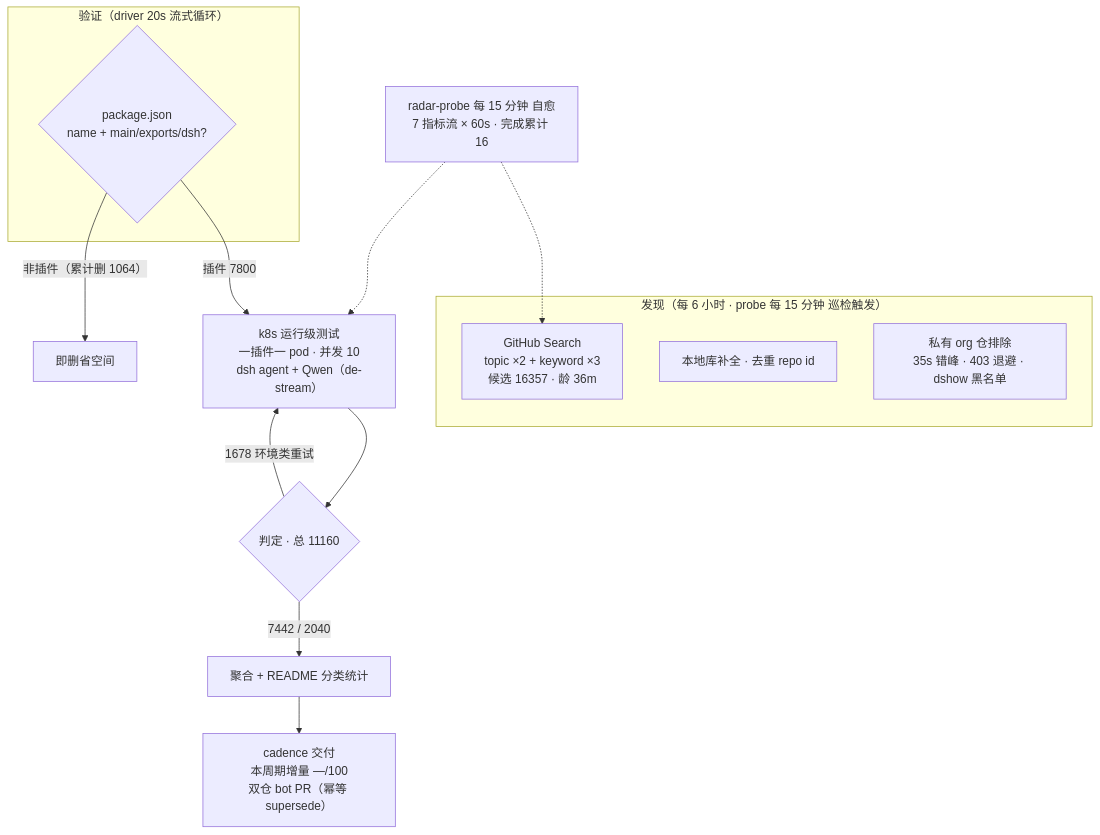
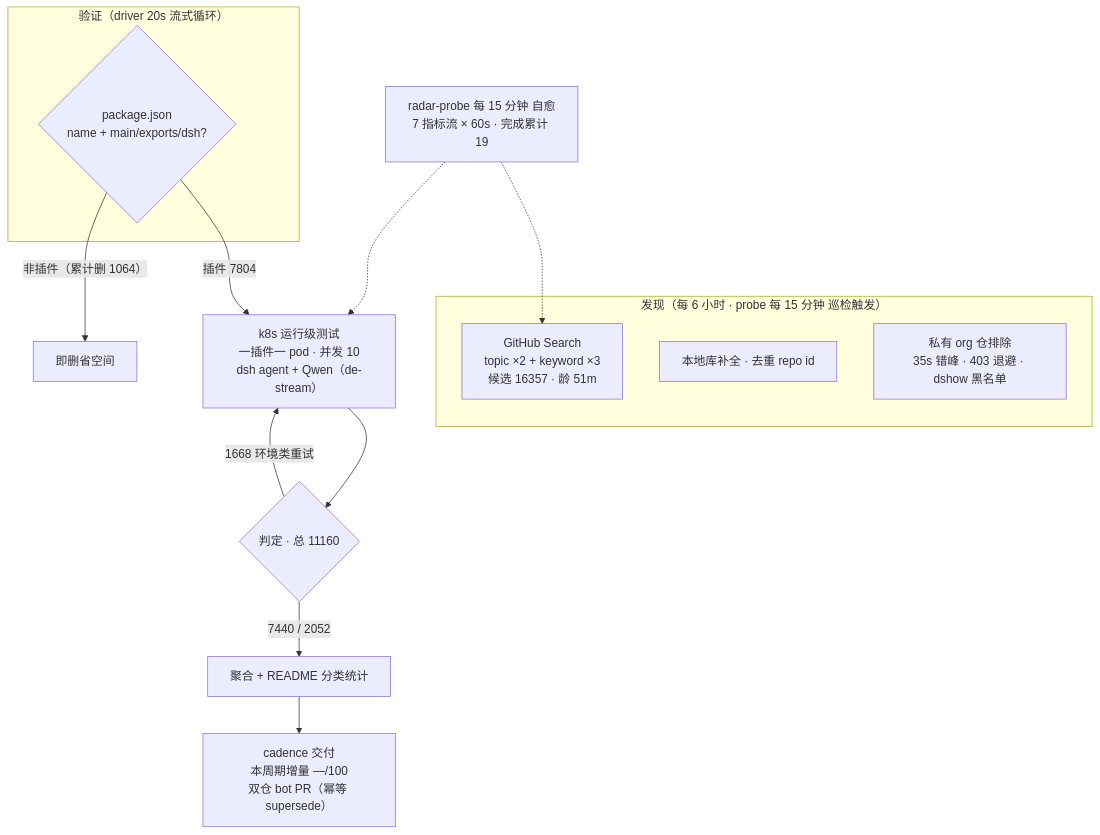
One commit to Zhidao-Lab-OSS/awesome-dsh-plugins changed the diagram in README.md. Above: the diagram before and after it, drawn with Mermaid. The commit also changed other lines of this file and 1 other file, not shown here.

````diff
--- a/README.md
+++ b/README.md
@@ -52,20 +52,20 @@
 ```mermaid
 flowchart TB
     subgraph Discovery["发现（每 6 小时 · probe 每 15 分钟 巡检触发）"]
-        A1["GitHub Search<br/>topic ×2 + keyword ×3<br/>候选 16357 · 龄 36m"]
+        A1["GitHub Search<br/>topic ×2 + keyword ×3<br/>候选 16357 · 龄 51m"]
         A2["本地库补全 · 去重 repo id"]
         A3["私有 org 仓排除<br/>35s 错峰 · 403 退避 · dshow 黑名单"]
     end
     subgraph Validation["验证（driver 20s 流式循环）"]
         B1{"package.json<br/>name + main/exports/dsh?"}
     end
-    B1 -->|"插件 7800"| C1["k8s 运行级测试<br/>一插件一 pod · 并发 10<br/>dsh agent + Qwen（de-stream）"]
+    B1 -->|"插件 7804"| C1["k8s 运行级测试<br/>一插件一 pod · 并发 10<br/>dsh agent + Qwen（de-stream）"]
     B1 -->|"非插件（累计删 1064）"| B3["即删省空间"]
     C1 --> D1{"判定 · 总 11160"}
-    D1 -->|"7442 / 2040"| E1["聚合 + README 分类统计"]
-    D1 -->|"1678 环境类重试"| C1
+    D1 -->|"7440 / 2052"| E1["聚合 + README 分类统计"]
+    D1 -->|"1668 环境类重试"| C1
     E1 --> E2["cadence 交付<br/>本周期增量 —/100<br/>双仓 bot PR（幂等 supersede）"]
-    M["radar-probe 每 15 分钟 自愈<br/>7 指标流 × 60s · 完成累计 16"]
+    M["radar-probe 每 15 分钟 自愈<br/>7 指标流 × 60s · 完成累计 19"]
     M -.-> A1
     M -.-> C1
 ```
````
